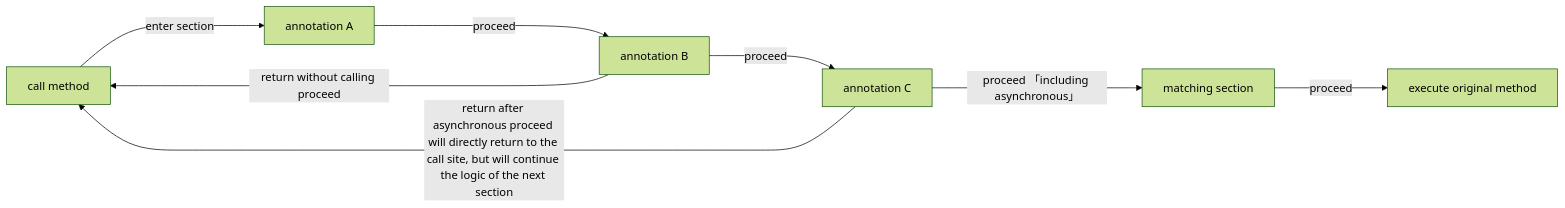
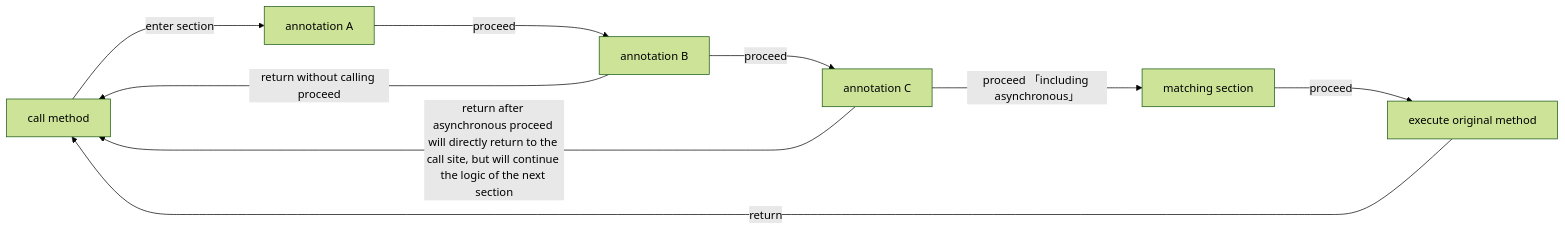
Before and after one commit to FlyJingFish/AndroidAOP: the diagram in docs/ProceedJoinPoint.md, drawn with Mermaid (forest theme). The commit also changed 1 other file, not shown here.

Commit message:
1、修改文档

````diff
--- a/docs/ProceedJoinPoint.md
+++ b/docs/ProceedJoinPoint.md
@@ -24,10 +24,11 @@
 ``` mermaid
 graph LR
 X[call method] ---> |enter section| A[annotation A];
 A[annotation A] ---> |proceed| B[annotation B];
 B ---> |proceed| C[annotation C];
 B ---> |return without calling proceed| X;
 C ---> |return after asynchronous proceed will directly return to the call site, but will continue the logic of the next section| X;
 C ---> |proceed 「including asynchronous」| D[matching section];
 D ---> |proceed| E[execute original method];
+E ---> |return| X;
 ```
````
